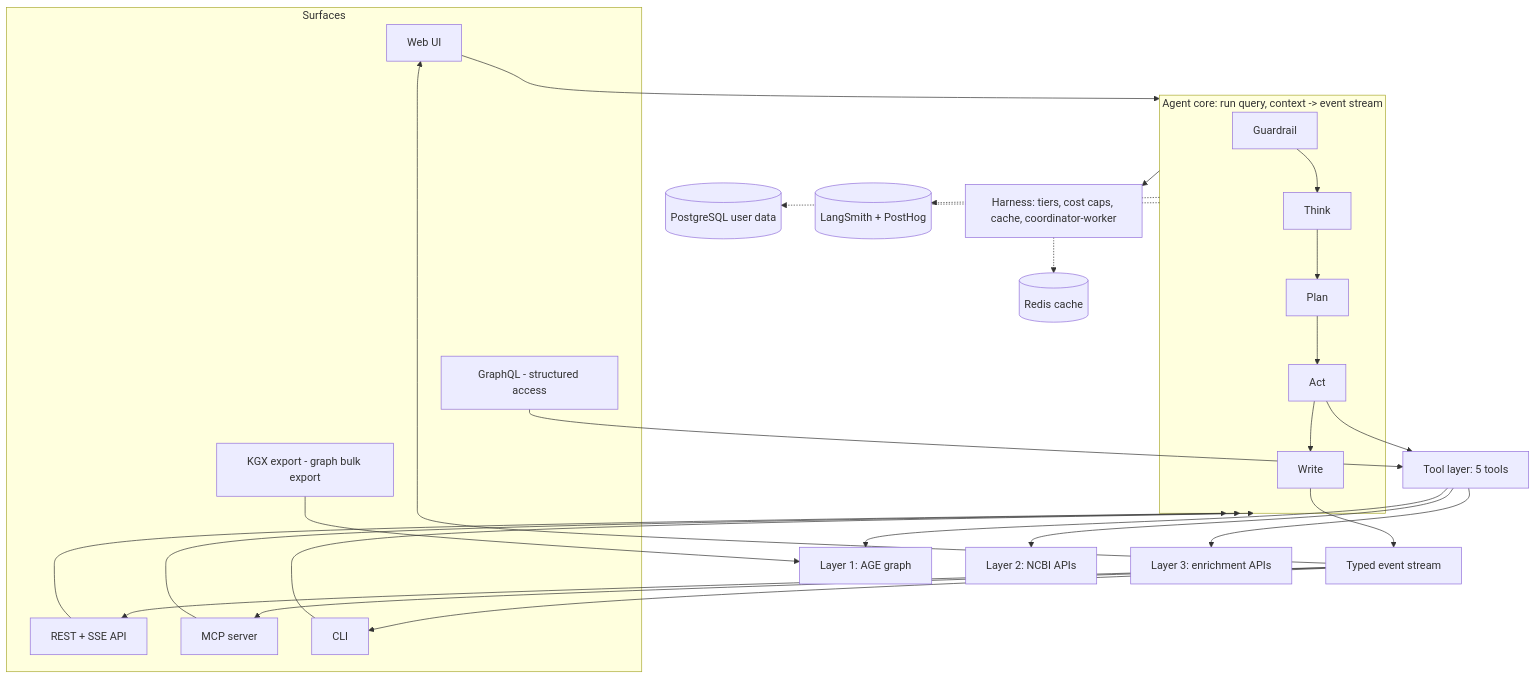
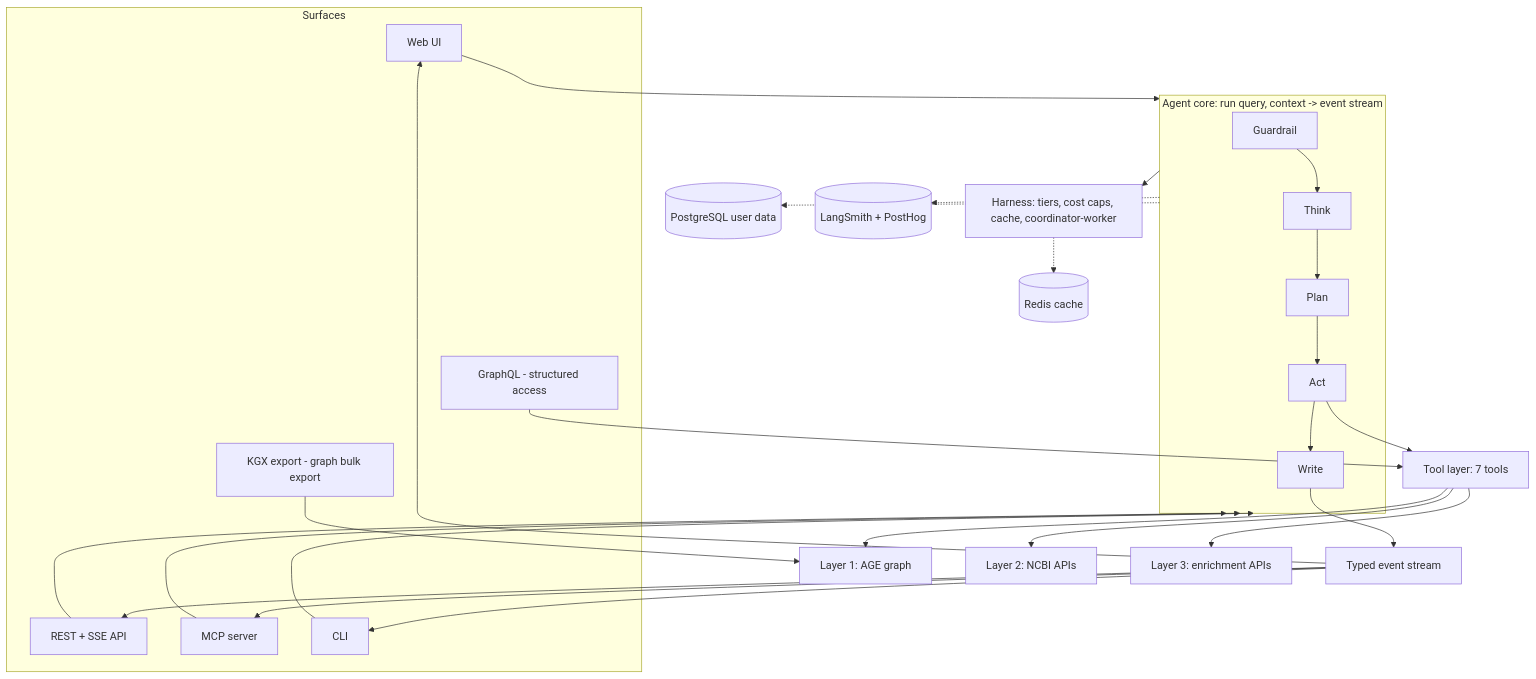
The first of 12 diagrams in requirements/Technical_specification.md (monideep2255/agentic-search-ui), drawn with Mermaid before and after one commit. The commit also changed other lines of this file and 1 other file, not shown here.

Commit message:
Reconcile the tech spec (Step 4.3): unify event schemas, add two tools, six delivery surfaces

````diff
--- a/requirements/Technical_specification.md
+++ b/requirements/Technical_specification.md
@@ -72,38 +72,38 @@
 ```mermaid
 flowchart TD
     subgraph Surfaces
         UI[Web UI]
         API[REST + SSE API]
         MCP[MCP server]
         CLI[CLI]
         GQL[GraphQL - structured access]
         KGX[KGX export - graph bulk export]
     end
 
     UI --> Core
     API --> Core
     MCP --> Core
     CLI --> Core
     GQL --> Tools
     KGX --> L1
 
     subgraph Core[Agent core: run query, context -> event stream]
         Guard[Guardrail] --> Think --> Plan --> Act --> Write
     end
 
     Core --> Harness[Harness: tiers, cost caps, cache, coordinator-worker]
-    Act --> Tools[Tool layer: 5 tools]
+    Act --> Tools[Tool layer: 7 tools]
     Tools --> L1[Layer 1: AGE graph]
     Tools --> L2[Layer 2: NCBI APIs]
     Tools --> L3[Layer 3: enrichment APIs]
 
     Write --> Events[Typed event stream]
     Events --> UI
     Events --> API
     Events --> MCP
     Events --> CLI
 
     Core -.-> PG[(PostgreSQL user data)]
     Harness -.-> Redis[(Redis cache)]
     Core -.-> Obs[(LangSmith + PostHog)]
 ```
````
